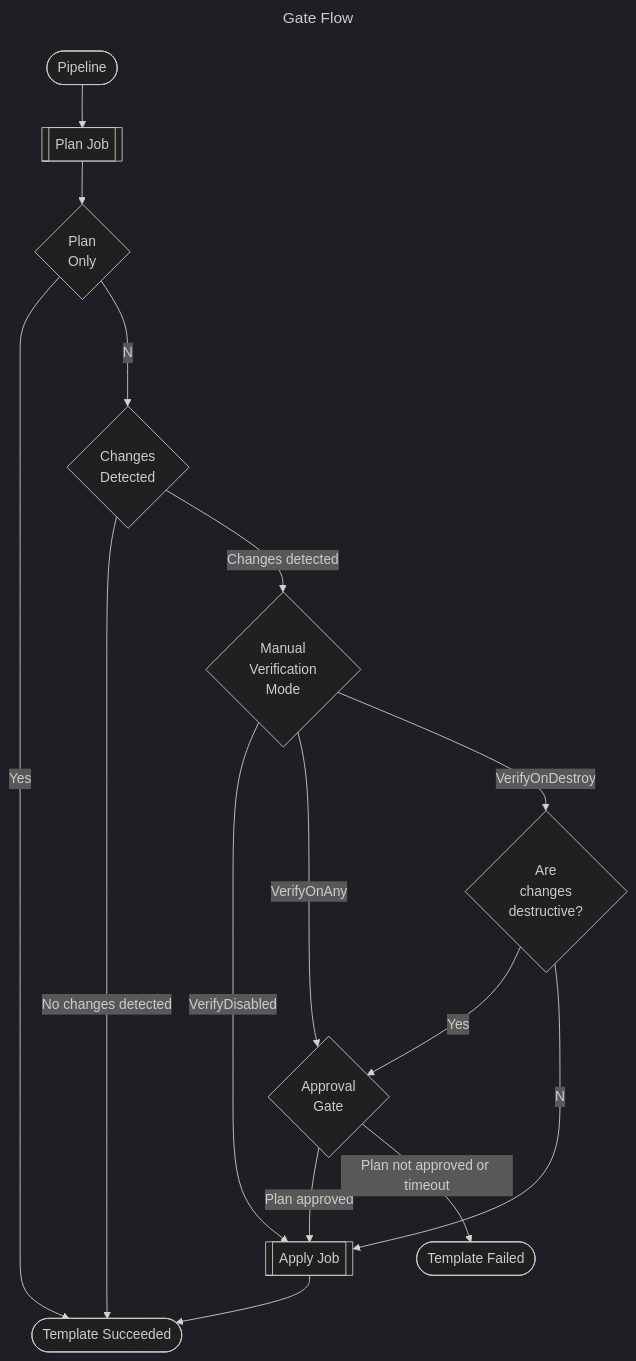
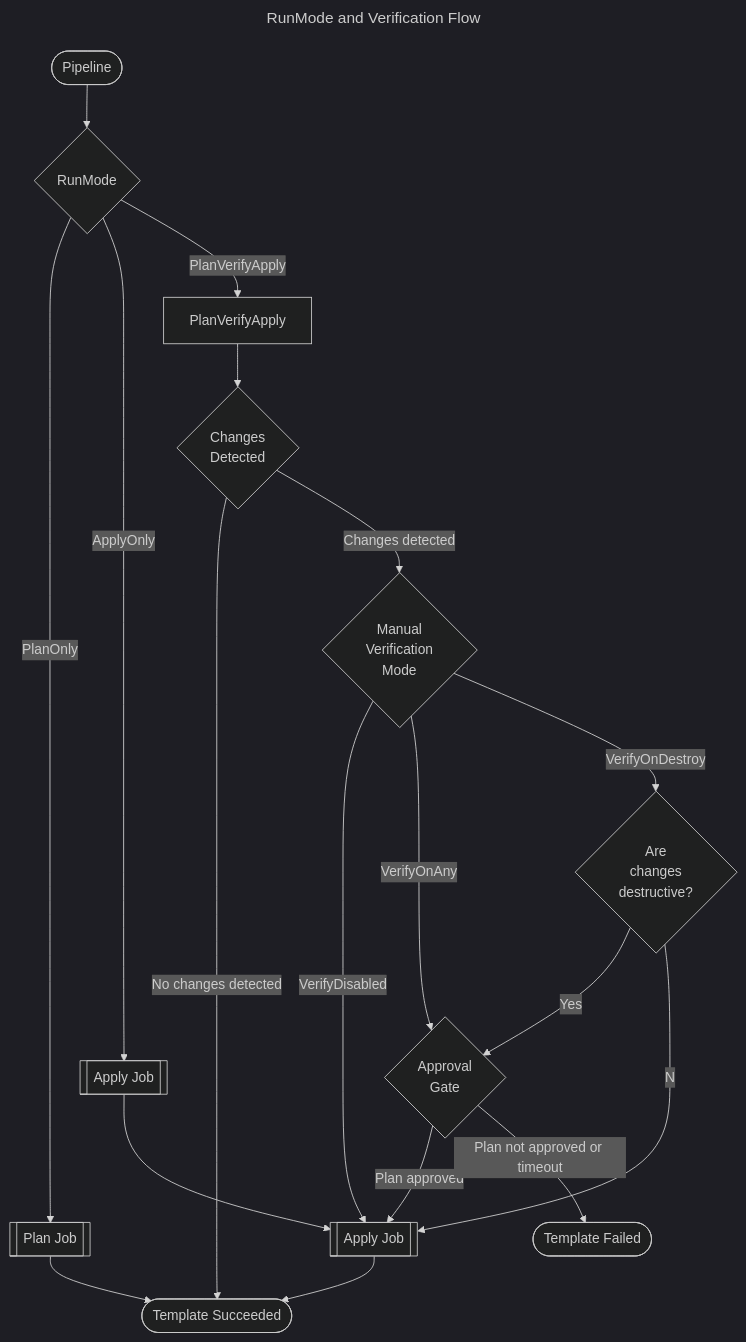
The diagram in docs/user-docs/infrastructure_pipeline_manual_verification.md (UKHO/devops-azdo-yaml-pipeline-templates), drawn with Mermaid (dark theme) before and after one commit. The commit also changed other lines of this file and 10 other files, not shown here.

Commit message:
Add RunMode parameter to infrastructure configuration and update related documentation

````diff
--- a/docs/user-docs/infrastructure_pipeline_manual_verification.md
+++ b/docs/user-docs/infrastructure_pipeline_manual_verification.md
@@ -13,31 +25,38 @@
 ```mermaid
 ---
-title: Gate Flow
+title: RunMode and Verification Flow
 ---
 flowchart TD
     pipeline([Pipeline])
-    plan[[Plan Job]]
+    runMode{RunMode}
+    planOnly[[Plan Job]]
+    applyOnly[[Apply Job]]
+    planVerifyApply[PlanVerifyApply]
     changes{Changes<br>Detected}
-    planOnly{Plan<br>Only}
     mode{Manual<br>Verification<br>Mode}
     gate{Approval<br>Gate}
     destroy{Are<br>changes<br>destructive?}
     apply[[Apply Job]]
     succeeded([Template Succeeded])
     failed([Template Failed])
 
-    pipeline-->plan
-    plan-->planOnly
-    planOnly--Yes-->succeeded
-    planOnly--No-->changes
+    pipeline-->runMode
+    runMode--PlanOnly-->planOnly
+    runMode--ApplyOnly-->applyOnly
+    runMode--PlanVerifyApply-->planVerifyApply
+
+    planOnly-->succeeded
+    applyOnly-->apply
+    planVerifyApply-->changes
+
     changes--No changes detected-->succeeded
     changes--Changes detected-->mode
     mode--VerifyDisabled-->apply
     mode--VerifyOnAny-->gate
     mode--VerifyOnDestroy-->destroy
     destroy--Yes-->gate
     destroy--No-->apply
     gate--Plan approved-->apply
     gate--Plan not approved or timeout-->failed
     apply-->succeeded
 ```
````
